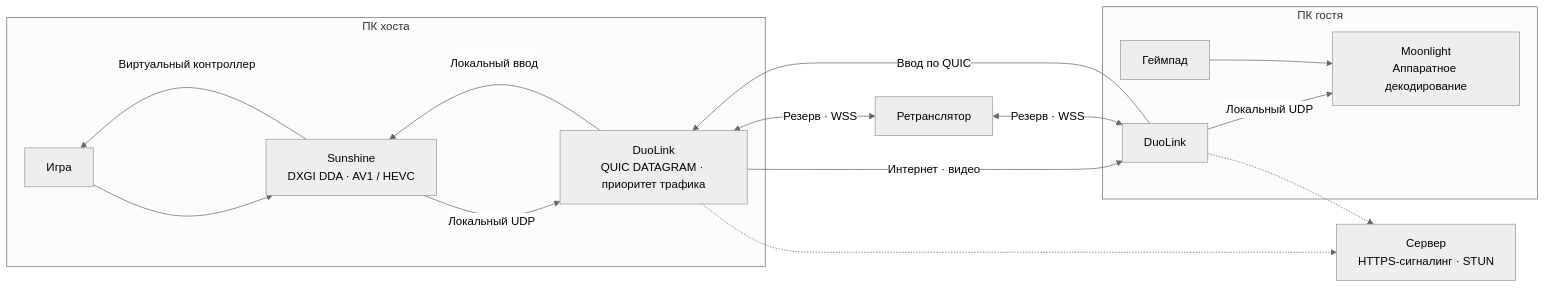
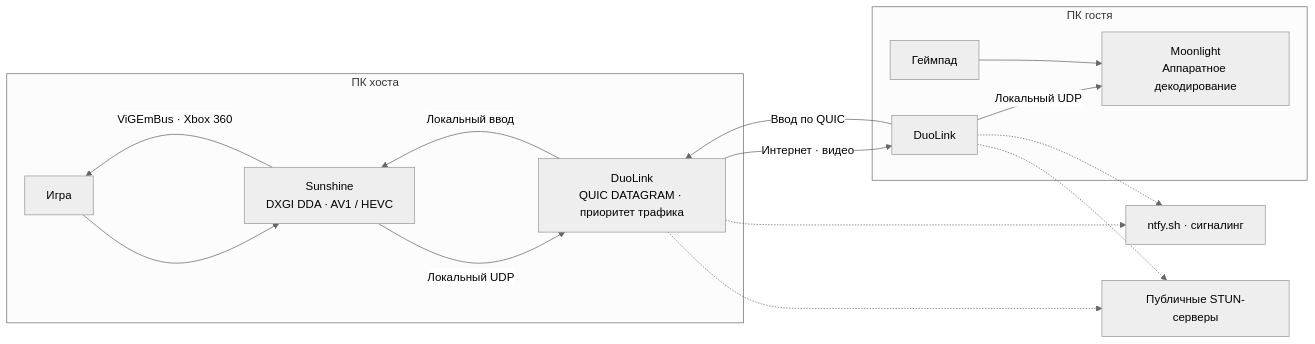
The diagram in docs/ARCHITECTURE.md (roudinn/duolink), drawn with Mermaid (neutral theme) before and after one commit. The commit also changed other lines of this file and 14 other files, not shown here.

````diff
--- a/docs/ARCHITECTURE.md
+++ b/docs/ARCHITECTURE.md
@@ -5,19 +5,19 @@
 ```mermaid
 flowchart LR
     subgraph Host["ПК хоста"]
         Game["Игра"] --> Sunshine["Sunshine<br/>DXGI DDA · AV1 / HEVC"]
         Sunshine -->|Локальный UDP| HostLink["DuoLink<br/>QUIC DATAGRAM · приоритет трафика"]
     end
     subgraph Guest["ПК гостя"]
         GuestLink["DuoLink"] -->|Локальный UDP| Moonlight["Moonlight<br/>Аппаратное декодирование"]
         Controller["Геймпад"] --> Moonlight
     end
     HostLink -->|Интернет · видео| GuestLink
     GuestLink -->|Ввод по QUIC| HostLink
     HostLink -->|Локальный ввод| Sunshine
-    Sunshine -->|Виртуальный контроллер| Game
-    HostLink -.-> Signal["Сервер<br/>HTTPS-сигналинг · STUN"]
+    Sunshine -->|ViGEmBus · Xbox 360| Game
+    HostLink -.-> Signal["ntfy.sh · сигналинг"]
     GuestLink -.-> Signal
-    HostLink <-->|Резерв · WSS| Relay["Ретранслятор"]
-    Relay <-->|Резерв · WSS| GuestLink
+    HostLink -.-> Stun["Публичные STUN-серверы"]
+    GuestLink -.-> Stun
 ```
````
